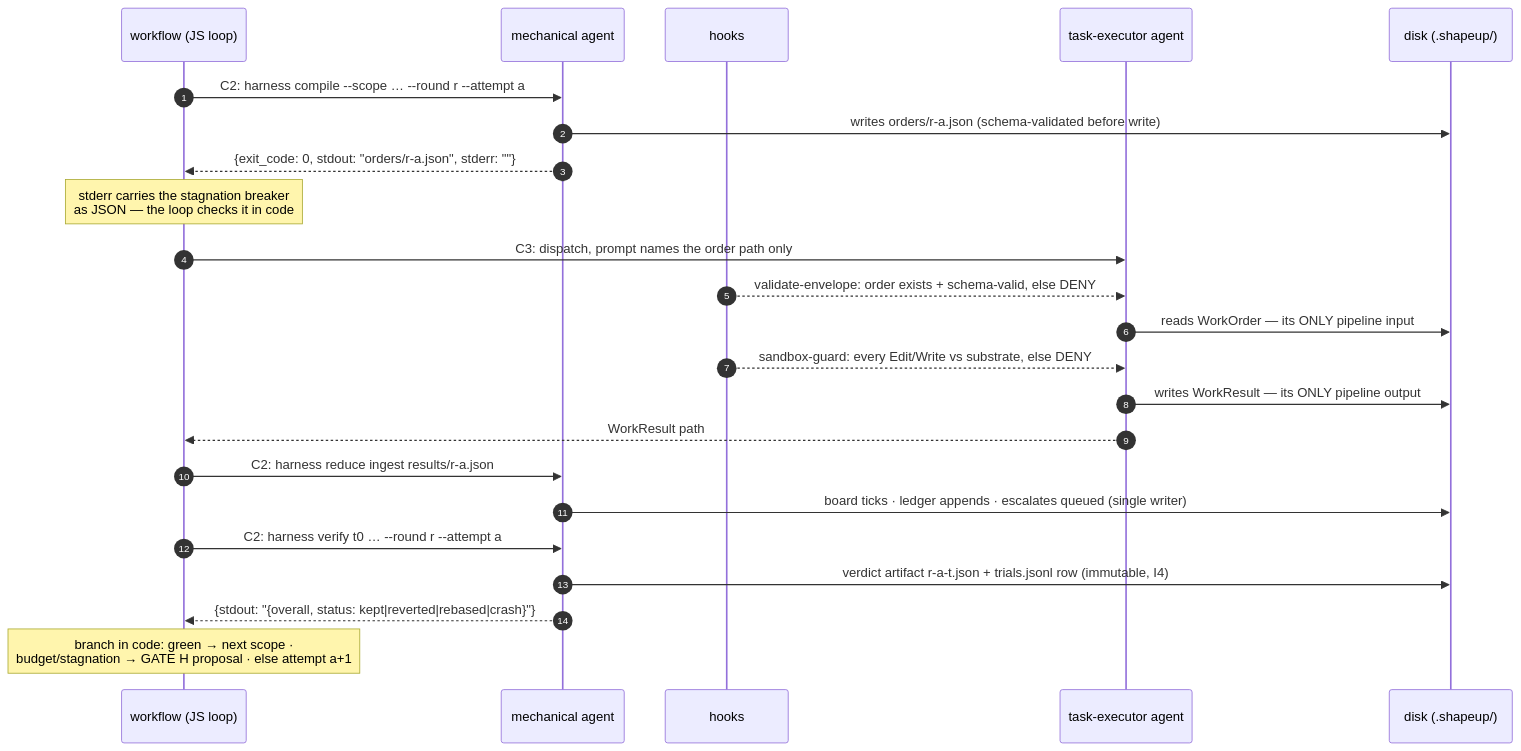
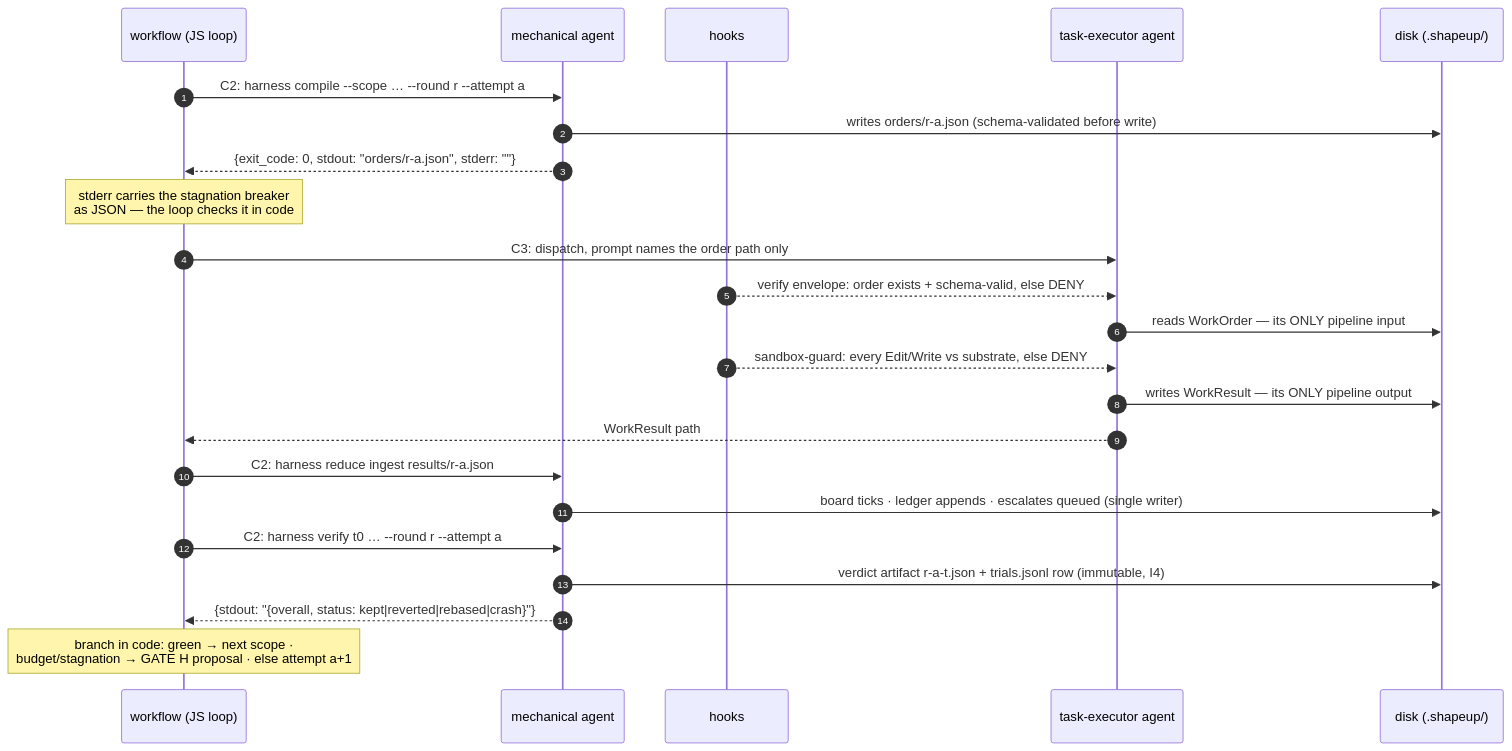
The second of 4 diagrams in docs/design/workflow_architecture_design.md (nguyenvanphituoc/shapeup-sdlc-plugin), drawn with Mermaid before and after one commit. The commit also changed other lines of this file and 20 other files, not shown here.

````diff
--- a/docs/design/workflow_architecture_design.md
+++ b/docs/design/workflow_architecture_design.md
@@ -173,26 +173,26 @@
 ```mermaid
 sequenceDiagram
   autonumber
   participant WF as workflow (JS loop)
   participant MA as mechanical agent
   participant HK as hooks
   participant EX as task-executor agent
   participant D as disk (.shapeup/)
 
   WF->>MA: C2: harness compile --scope … --round r --attempt a
   MA->>D: writes orders/r-a.json (schema-validated before write)
   MA-->>WF: {exit_code: 0, stdout: "orders/r-a.json", stderr: ""}
   Note over WF: stderr carries the stagnation breaker<br/>as JSON — the loop checks it in code
   WF->>EX: C3: dispatch, prompt names the order path only
-  HK-->>EX: validate-envelope: order exists + schema-valid, else DENY
+  HK-->>EX: verify envelope: order exists + schema-valid, else DENY
   EX->>D: reads WorkOrder — its ONLY pipeline input
   HK-->>EX: sandbox-guard: every Edit/Write vs substrate, else DENY
   EX->>D: writes WorkResult — its ONLY pipeline output
   EX-->>WF: WorkResult path
   WF->>MA: C2: harness reduce ingest results/r-a.json
   MA->>D: board ticks · ledger appends · escalates queued (single writer)
   WF->>MA: C2: harness verify t0 … --round r --attempt a
   MA->>D: verdict artifact r-a-t.json + trials.jsonl row (immutable, I4)
   MA-->>WF: {stdout: "{overall, status: kept|reverted|rebased|crash}"}
   Note over WF: branch in code: green → next scope ·<br/>budget/stagnation → GATE H proposal · else attempt a+1
 ```
````
